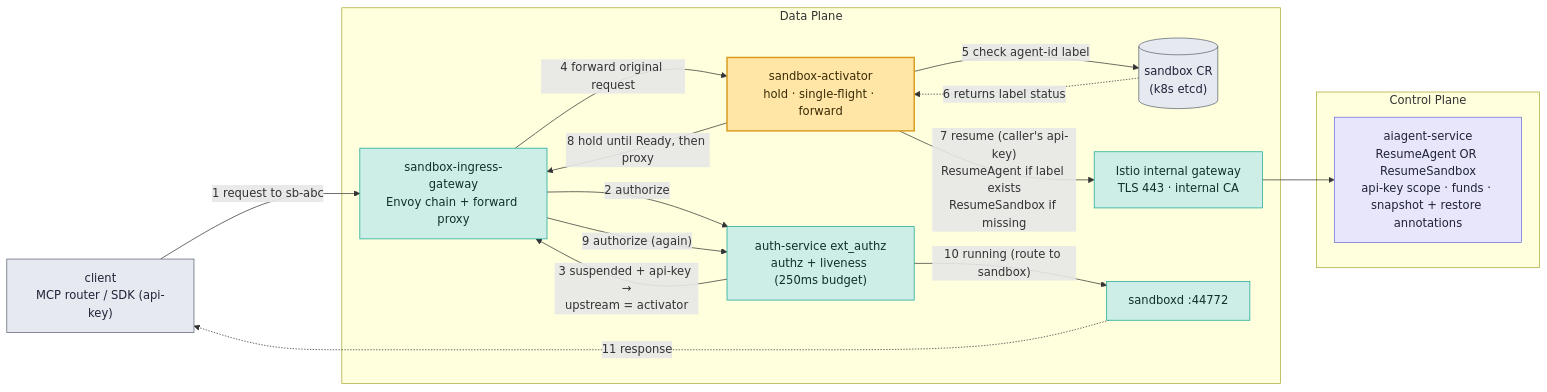
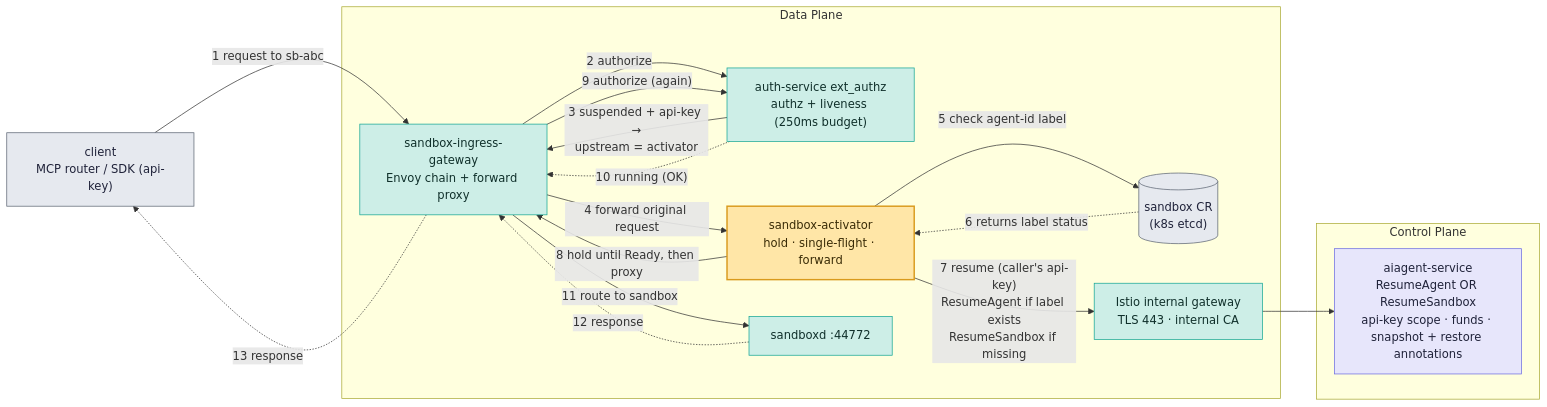
One commit to chandini1727/documentation- changed the first of 3 diagrams in README.md. Above: the diagram before and after it, drawn with Mermaid. The commit also changed other lines of this file, not shown here.

````diff
--- a/README.md
+++ b/README.md
@@ -41,35 +41,37 @@
 ```mermaid
 flowchart LR
     cl["client<br/>MCP router / SDK (api-key)"]:::store
 
     subgraph DP [Data Plane]
         cr[("sandbox CR<br/>(k8s etcd)")]:::store
         gw["sandbox-ingress-gateway<br/>Envoy chain + forward proxy"]:::dp
         az["auth-service ext_authz<br/>authz + liveness (250ms budget)"]:::dp
         act["sandbox-activator<br/>hold · single-flight · forward"]:::star
         igw["Istio internal gateway<br/>TLS 443 · internal CA"]:::dp
         sd["sandboxd :44772"]:::dp
     end
 
     subgraph CP [Control Plane]
         cp["aiagent-service<br/>ResumeAgent OR ResumeSandbox<br/>api-key scope · funds · snapshot + restore annotations"]:::cp
     end
 
     cl -->|"1 request to sb-abc"| gw
     gw -->|"2 authorize"| az
     az -->|"3 suspended + api-key →<br/>upstream = activator"| gw
     gw -->|"4 forward original request"| act
     act -->|"5 check agent-id label"| cr
     cr -.->|"6 returns label status"| act
     act -->|"7 resume (caller's api-key)<br/>ResumeAgent if label exists<br/>ResumeSandbox if missing"| igw
     igw --> cp
     act -->|"8 hold until Ready, then proxy"| gw
     gw -->|"9 authorize (again)"| az
-    az -->|"10 running (route to sandbox)"| sd
-    sd -.->|"11 response"| cl
+    az -.->|"10 running (OK)"| gw
+    gw -->|"11 route to sandbox"| sd
+    sd -.->|"12 response"| gw
+    gw -.->|"13 response"| cl
 
     classDef cp fill:#e7e6fb,stroke:#6b6be0,color:#20233a
     classDef dp fill:#cdeee7,stroke:#12a594,color:#10302b
     classDef star fill:#ffe6a7,stroke:#d99a1c,stroke-width:2px,color:#3a2c07
     classDef store fill:#e6e9ef,stroke:#5b6472,color:#20233a
 ```
````
